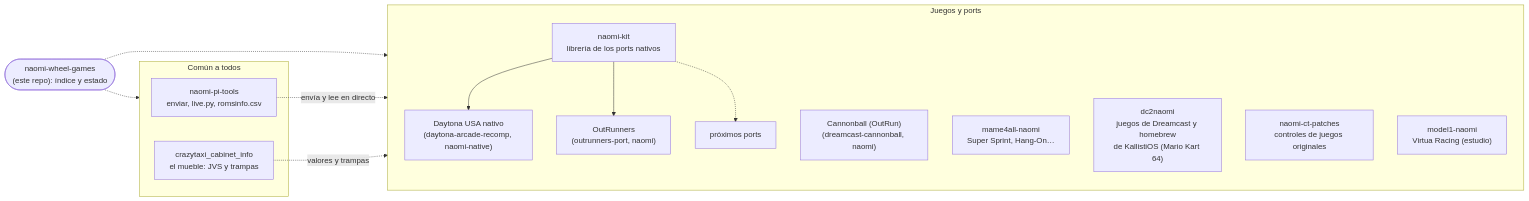
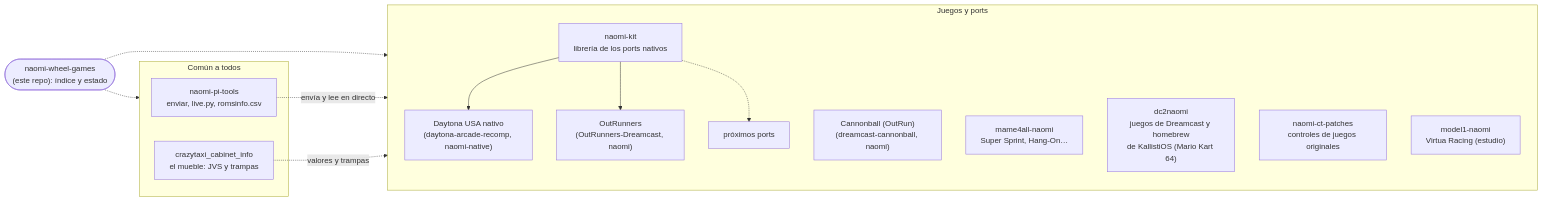
The diagram in README.md (0skarzer0/naomi-wheel-games), drawn with Mermaid before and after one commit. The commit also changed other lines of this file, not shown here.

First line of the commit message:
OutRunners: Pezz82's Dreamcast port for the NAOMI is the one in use (59-63 fps on the cabinet); the first native port superseded

````diff
--- a/README.md
+++ b/README.md
@@ -34,23 +35,23 @@
 ```mermaid
 flowchart LR
     wheel(["naomi-wheel-games<br/>(este repo): índice y estado"])
     subgraph juegos["Juegos y ports"]
         kit["naomi-kit<br/>librería de los ports nativos"]
         kit --> day["Daytona USA nativo<br/>(daytona-arcade-recomp, naomi-native)"]
-        kit --> orun["OutRunners<br/>(outrunners-port, naomi)"]
+        kit --> orun["OutRunners<br/>(OutRunners-Dreamcast, naomi)"]
         kit -.-> next["próximos ports"]
         cb["Cannonball (OutRun)<br/>(dreamcast-cannonball, naomi)"]
         m4["mame4all-naomi<br/>Super Sprint, Hang-On…"]
         dc2["dc2naomi<br/>juegos de Dreamcast y homebrew<br/>de KallistiOS (Mario Kart 64)"]
         patches["naomi-ct-patches<br/>controles de juegos originales"]
         m1["model1-naomi<br/>Virtua Racing (estudio)"]
     end
     subgraph comun["Común a todos"]
         tools["naomi-pi-tools<br/>enviar, live.py, romsinfo.csv"]
         cab["crazytaxi_cabinet_info<br/>el mueble: JVS y trampas"]
     end
     wheel -.-> juegos
     wheel -.-> comun
     tools -.->|"envía y lee en directo"| juegos
     cab -.->|"valores y trampas"| juegos
 ```
````
